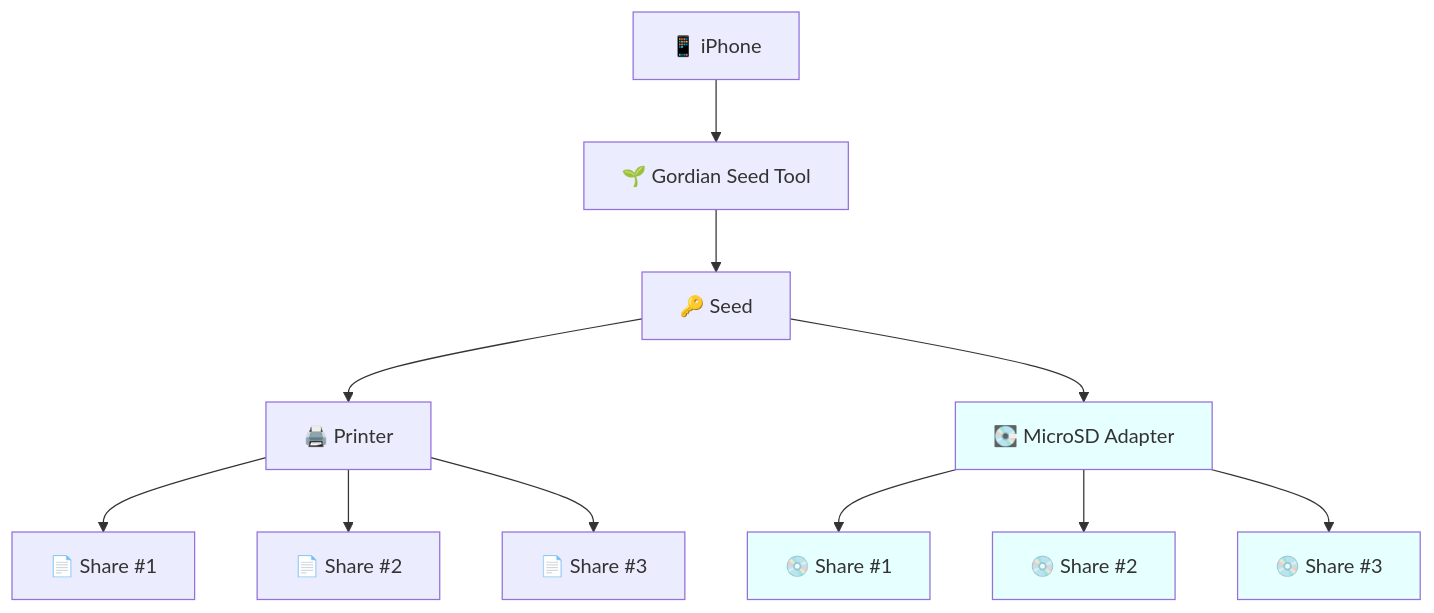
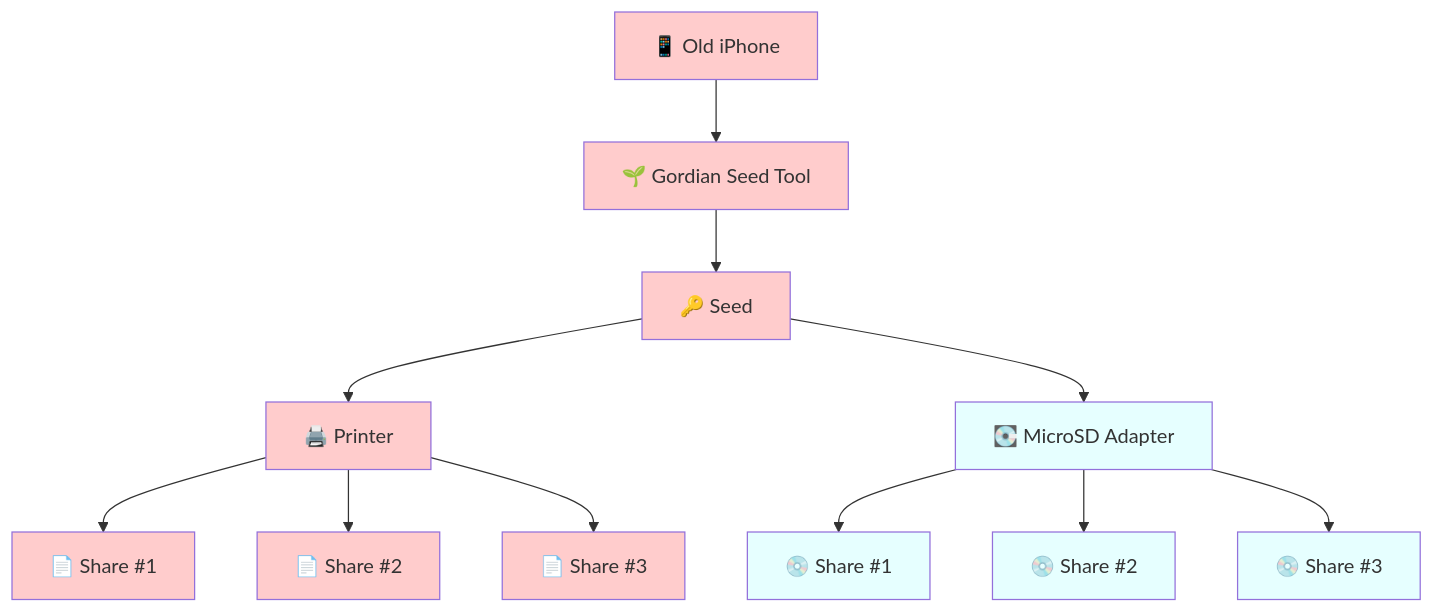
Before and after one commit to BlockchainCommons/SmartCustody: the tenth of 20 diagrams in Docs/Scenario-Multisig.md, drawn with Mermaid.

````diff
--- a/Docs/Scenario-Multisig.md
+++ b/Docs/Scenario-Multisig.md
@@ -376,29 +376,36 @@
 ```mermaid
     graph TD;
-    A["📱 iPhone"]
+    A["📱 Old iPhone"]
     B["🌱 Gordian Seed Tool"]
     C["🔑 Seed"]
     D["🖨️ Printer"]
     E["📄 Share #1"]
     F["📄 Share #2"]
     G["📄 Share #3"]
     H["💽 MicroSD Adapter"]
     I["💿 Share #1"]
     J["💿 Share #2"]
     K["💿 Share #3"]
     
     A-->B-->C
     C-->D
     D-->E
     D-->F
     D-->G
     C-->H
     H-->I
     H-->J
     H-->K
   
+    style A fill:#ffcccc;
+style B fill:#ffcccc;
+style C fill:#ffcccc;
+style D fill:#ffcccc;
+style E fill:#ffcccc;
+style F fill:#ffcccc;
+style G fill:#ffcccc;
 style H fill:#e6ffff;
 style I fill:#e6ffff;
 style J fill:#e6ffff;
 style K fill:#e6ffff;
 ```
````
